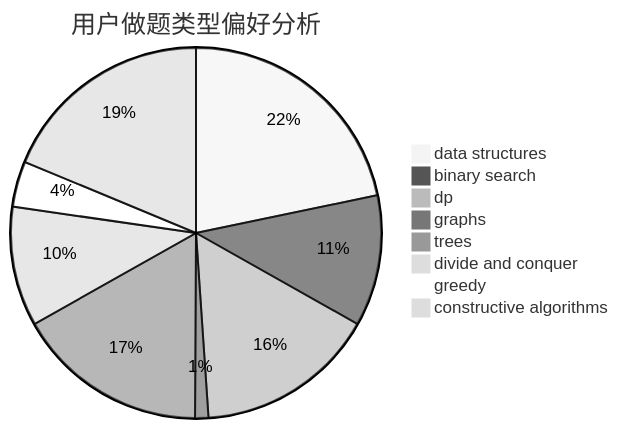
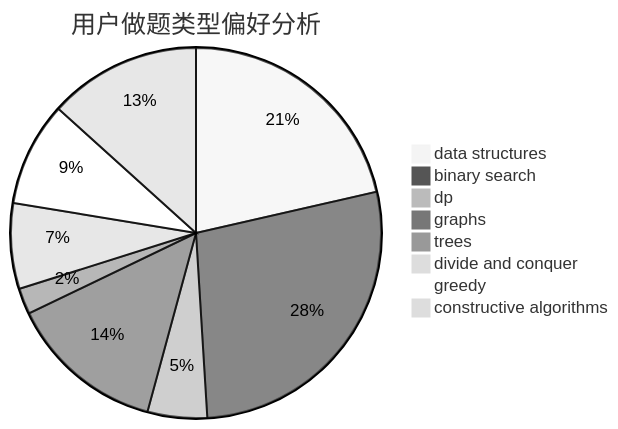
Before and after one commit to sherpahu/cfrs.github.io: the second of 3 diagrams in docs/user/u1883.md, drawn with Mermaid (neutral theme). The commit also changed other lines of this file and 2770 other files, not shown here.

````diff
--- a/docs/user/u1883.md
+++ b/docs/user/u1883.md
@@ -23,11 +23,11 @@
 ```mermaid
 pie title 用户做题类型偏好分析
-    "data structures" :  131
-    "binary search" :  69
-    "dp" :  95
-    "graphs" :  7
-    "trees" :  101
-    "divide and conquer" :  63
-    "greedy" :  24
-    "constructive algorithms" :  113
+    "data structures" :  66
+    "binary search" :  85
+    "dp" :  16
+    "graphs" :  42
+    "trees" :  7
+    "divide and conquer" :  23
+    "greedy" :  28
+    "constructive algorithms" :  41
 ```
````
